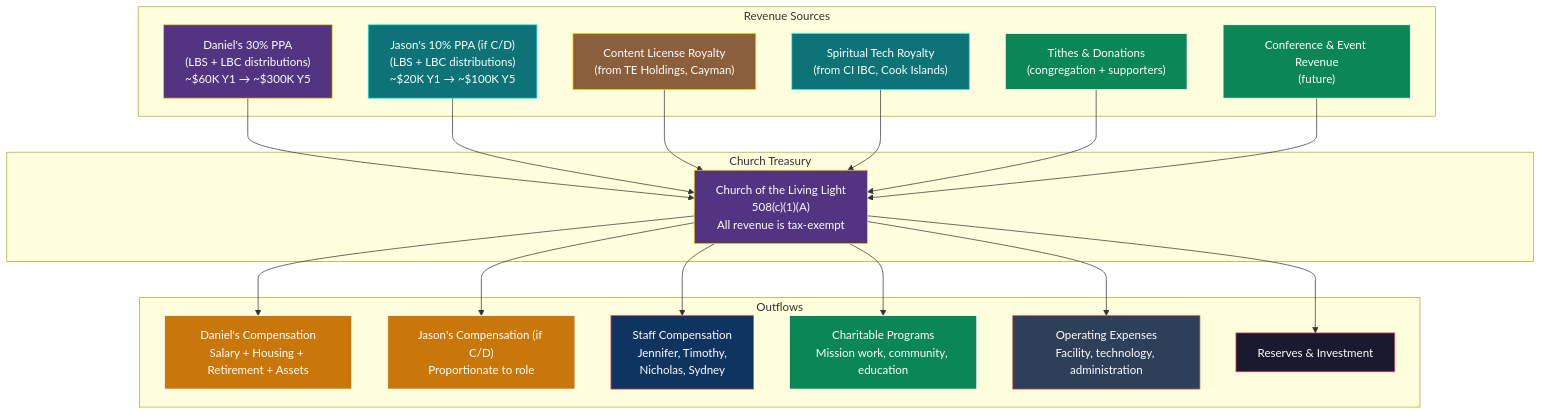
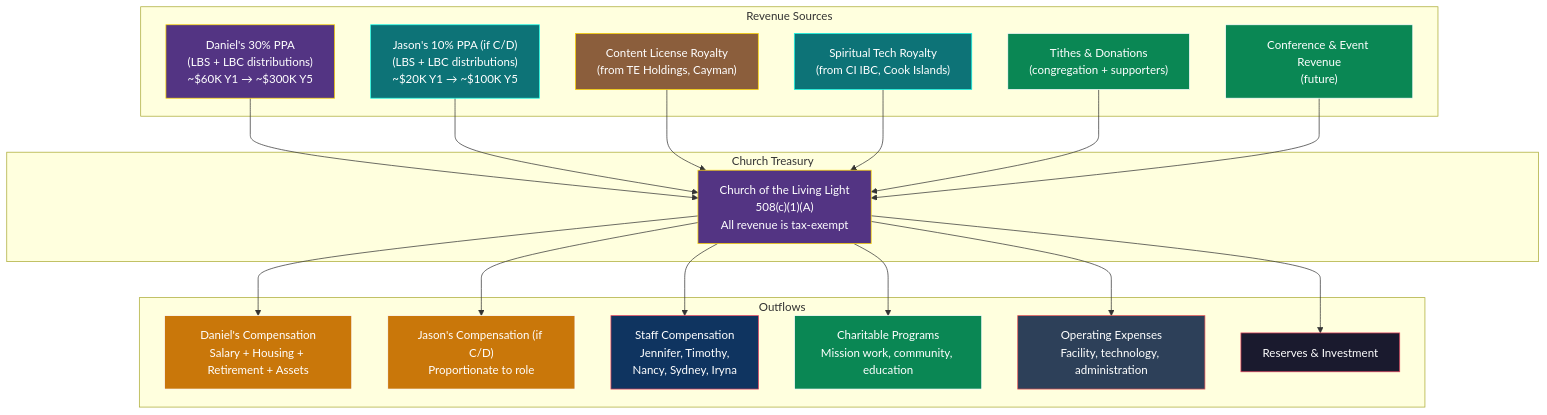
One commit to Light-Brands/epic-center changed the sixth of 16 diagrams in docs/tax-structure/11-CHURCH-GOVERNANCE-STRUCTURE.md. Above: the diagram before and after it, drawn with Mermaid. The commit also changed other lines of this file, not shown here.

First line of the commit message:
Restructure board: Nancy replaces Nicholas, Iryna replaces Diego, Sydney to Chair

````diff
--- a/docs/tax-structure/11-CHURCH-GOVERNANCE-STRUCTURE.md
+++ b/docs/tax-structure/11-CHURCH-GOVERNANCE-STRUCTURE.md
@@ -499,52 +501,52 @@
 ```mermaid
 graph TB
     subgraph "Revenue Sources"
         PPA_D["Daniel's 30% PPA<br/>(LBS + LBC distributions)<br/>~$60K Y1 → ~$300K Y5"]
         PPA_J["Jason's 10% PPA (if C/D)<br/>(LBS + LBC distributions)<br/>~$20K Y1 → ~$100K Y5"]
         ROY1["Content License Royalty<br/>(from TE Holdings, Cayman)"]
         ROY2["Spiritual Tech Royalty<br/>(from CI IBC, Cook Islands)"]
         TITHE["Tithes & Donations<br/>(congregation + supporters)"]
         EVENTS["Conference & Event Revenue<br/>(future)"]
     end
 
     subgraph "Church Treasury"
         CHURCH["Church of the Living Light<br/>508(c)(1)(A)<br/>All revenue is tax-exempt"]
     end
 
     subgraph "Outflows"
         COMP_D["Daniel's Compensation<br/>Salary + Housing + Retirement + Assets"]
         COMP_J["Jason's Compensation (if C/D)<br/>Proportionate to role"]
-        COMP_F["Staff Compensation<br/>Jennifer, Timothy,<br/>Nicholas, Sydney"]
+        COMP_F["Staff Compensation<br/>Jennifer, Timothy,<br/>Nancy, Sydney, Iryna"]
         CHARITY["Charitable Programs<br/>Mission work, community, education"]
         OPS["Operating Expenses<br/>Facility, technology, administration"]
         RESERVE["Reserves & Investment"]
     end
 
     PPA_D --> CHURCH
     PPA_J --> CHURCH
     ROY1 --> CHURCH
     ROY2 --> CHURCH
     TITHE --> CHURCH
     EVENTS --> CHURCH
 
     CHURCH --> COMP_D
     CHURCH --> COMP_J
     CHURCH --> COMP_F
     CHURCH --> CHARITY
     CHURCH --> OPS
     CHURCH --> RESERVE
 
     style PPA_D fill:#533483,stroke:#ffd700,color:#fff
     style PPA_J fill:#0d7377,stroke:#14ffec,color:#fff
     style ROY1 fill:#8b5e3c,stroke:#ffd700,color:#fff
     style ROY2 fill:#0d7377,stroke:#14ffec,color:#fff
     style TITHE fill:#0a8754,stroke:#fff,color:#fff
     style EVENTS fill:#0a8754,stroke:#fff,color:#fff
     style CHURCH fill:#533483,stroke:#ffd700,color:#fff
     style COMP_D fill:#c9770a,stroke:#fff,color:#fff
     style COMP_J fill:#c9770a,stroke:#fff,color:#fff
     style COMP_F fill:#0f3460,stroke:#e94560,color:#fff
     style CHARITY fill:#0a8754,stroke:#fff,color:#fff
     style OPS fill:#2d4059,stroke:#ea5455,color:#fff
     style RESERVE fill:#1a1a2e,stroke:#e94560,color:#fff
 ```
````
